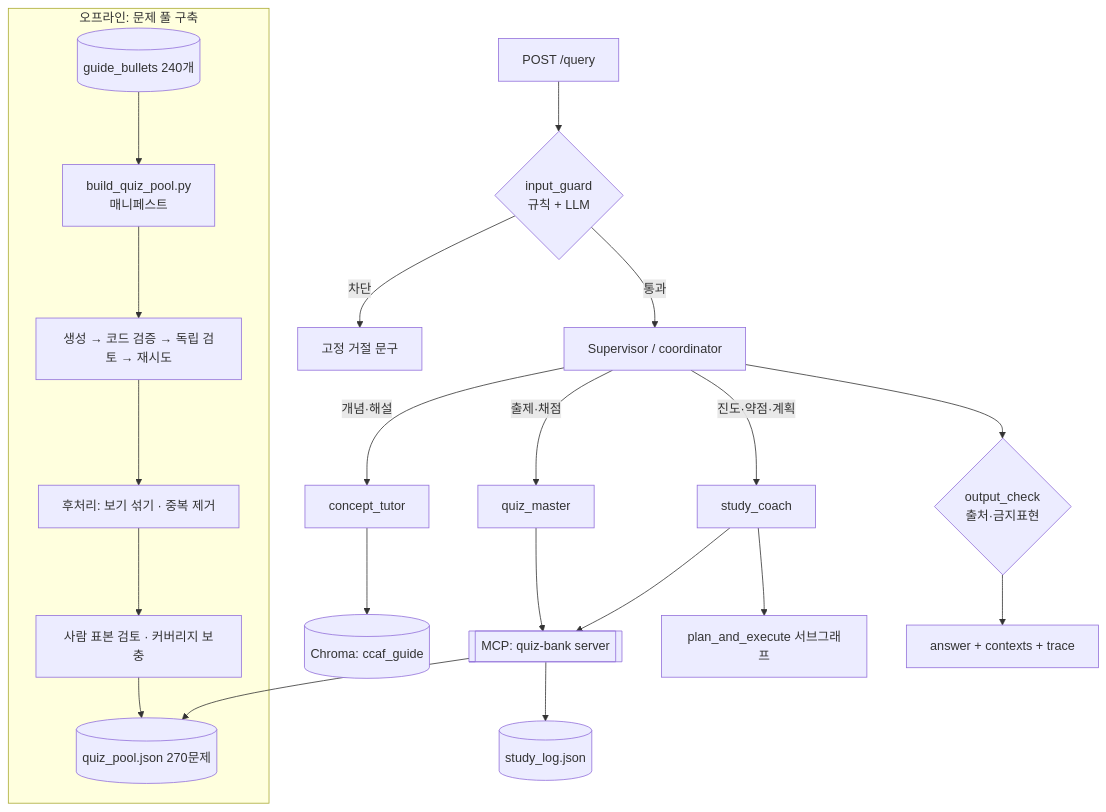
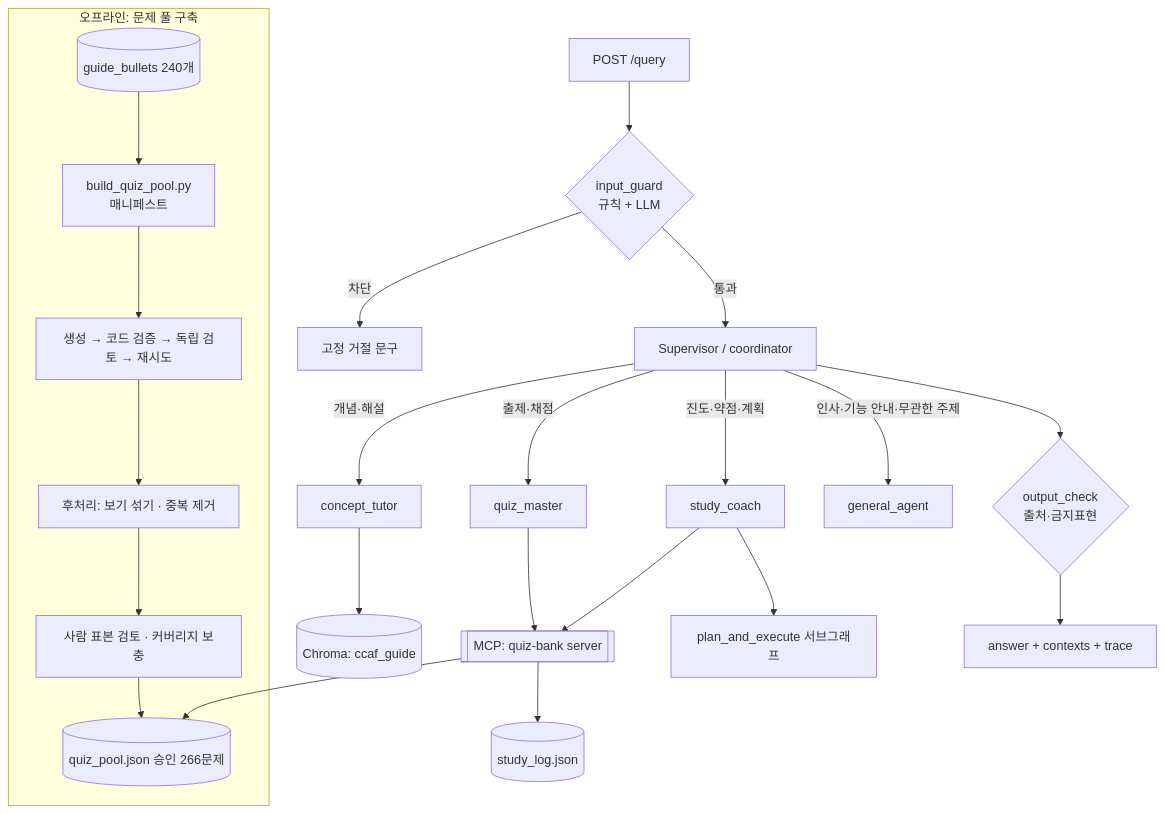
One commit to kainetic/ccaf-study-coach changed the diagram in docs/DESIGN.md. Above: the diagram before and after it, drawn with Mermaid. The commit also changed other lines of this file and 4 other files, not shown here.

````diff
--- a/docs/DESIGN.md
+++ b/docs/DESIGN.md
@@ -122,24 +120,25 @@
 ```mermaid
 flowchart TD
     subgraph OFFLINE[오프라인: 문제 풀 구축]
         B0[(guide_bullets 240개)] --> B1[build_quiz_pool.py<br/>매니페스트]
         B1 --> B2[생성 → 코드 검증 → 독립 검토 → 재시도]
         B2 --> B3[후처리: 보기 섞기 · 중복 제거]
         B3 --> B4[사람 표본 검토 · 커버리지 보충]
-        B4 --> QP[(quiz_pool.json 270문제)]
+        B4 --> QP[(quiz_pool.json 승인 266문제)]
     end
     U[POST /query] --> G{input_guard<br/>규칙 + LLM}
     G -- 차단 --> R[고정 거절 문구]
     G -- 통과 --> S[Supervisor / coordinator]
     S -->|개념·해설| T[concept_tutor]
     S -->|출제·채점| Q[quiz_master]
     S -->|진도·약점·계획| C[study_coach]
+    S -->|인사·기능 안내·무관한 주제| GA[general_agent]
     T --> V[(Chroma: ccaf_guide)]
     Q --> M[[MCP: quiz-bank server]]
     M --> QP
     M --> SL[(study_log.json)]
     C --> M
     C --> P[plan_and_execute 서브그래프]
     S --> O{output_check<br/>출처·금지표현}
     O --> A[answer + contexts + trace]
 ```
````
